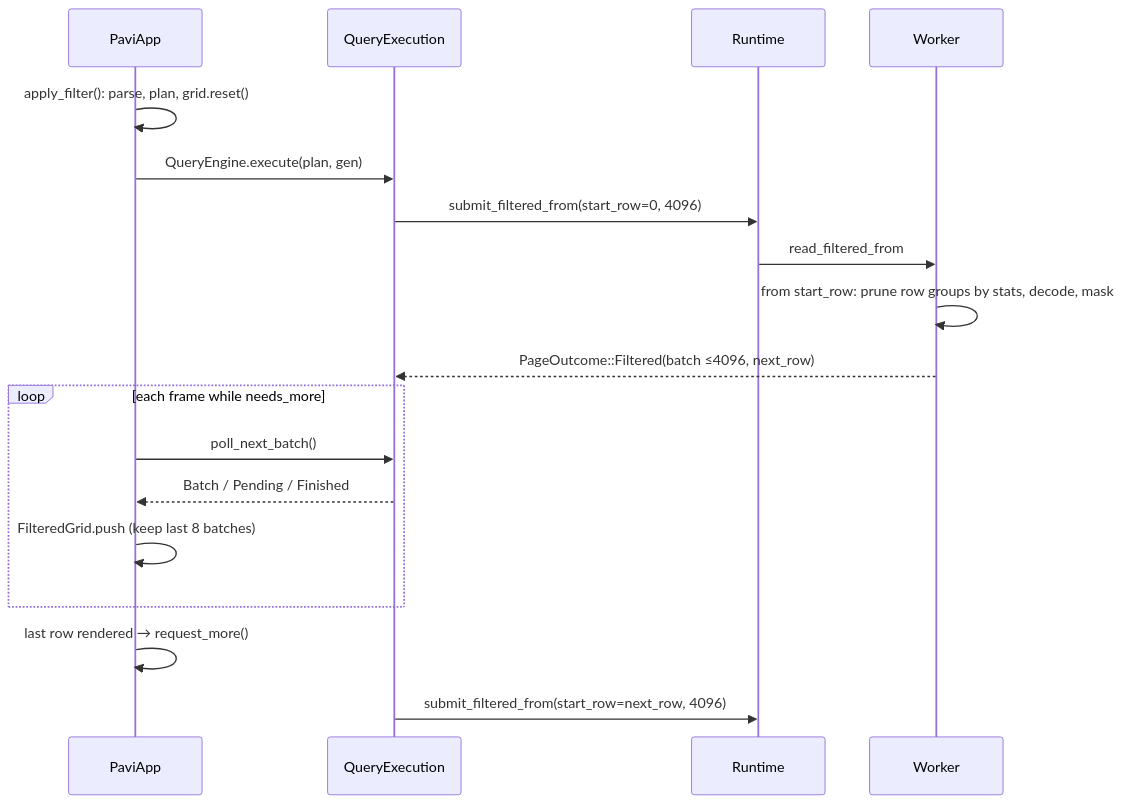
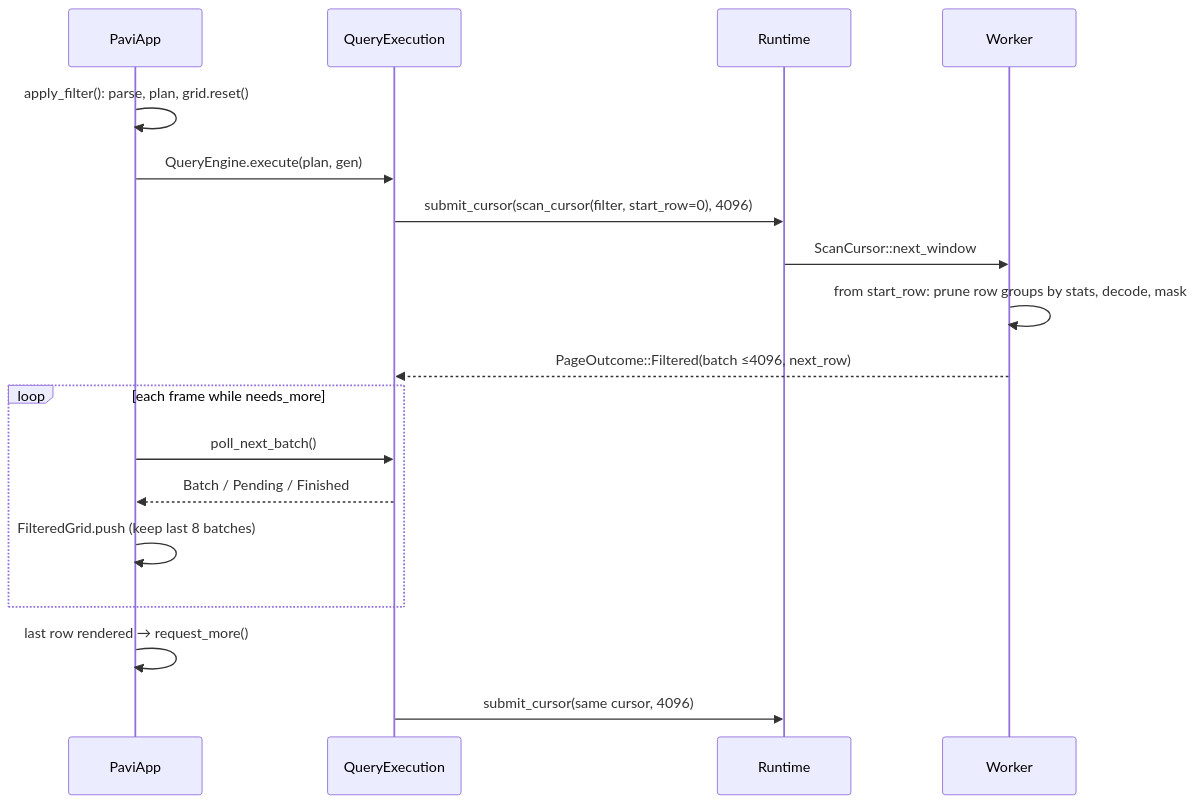
Before and after one commit to elshanhsynv/pavi: the third of 8 diagrams in docs/architecture/data-flows.md, drawn with Mermaid. The commit also changed other lines of this file and 11 other files, not shown here.

````diff
--- a/docs/architecture/data-flows.md
+++ b/docs/architecture/data-flows.md
@@ -100,20 +100,20 @@
 ```mermaid
 sequenceDiagram
     participant UI as PaviApp
     participant Q as QueryExecution
     participant RT as Runtime
     participant W as Worker
     UI->>UI: apply_filter(): parse, plan, grid.reset()
     UI->>Q: QueryEngine.execute(plan, gen)
-    Q->>RT: submit_filtered_from(start_row=0, 4096)
-    RT->>W: read_filtered_from
+    Q->>RT: submit_cursor(scan_cursor(filter, start_row=0), 4096)
+    RT->>W: ScanCursor::next_window
     W->>W: from start_row: prune row groups by stats, decode, mask
     W-->>Q: PageOutcome::Filtered(batch ≤4096, next_row)
     loop each frame while needs_more
         UI->>Q: poll_next_batch()
         Q-->>UI: Batch / Pending / Finished
         UI->>UI: FilteredGrid.push (keep last 8 batches)
     end
     UI->>UI: last row rendered → request_more()
-    Q->>RT: submit_filtered_from(start_row=next_row, 4096)
+    Q->>RT: submit_cursor(same cursor, 4096)
 ```
````
